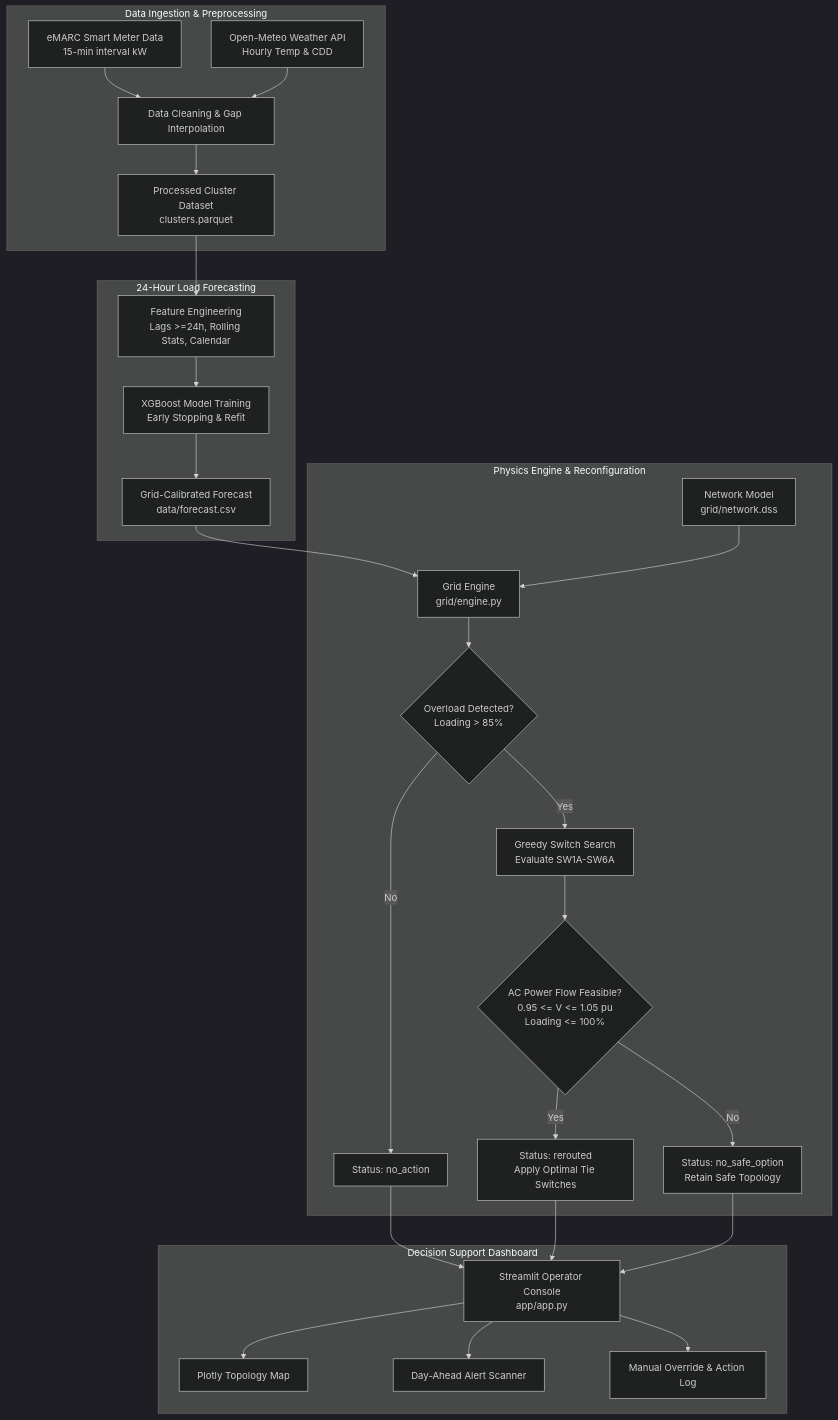
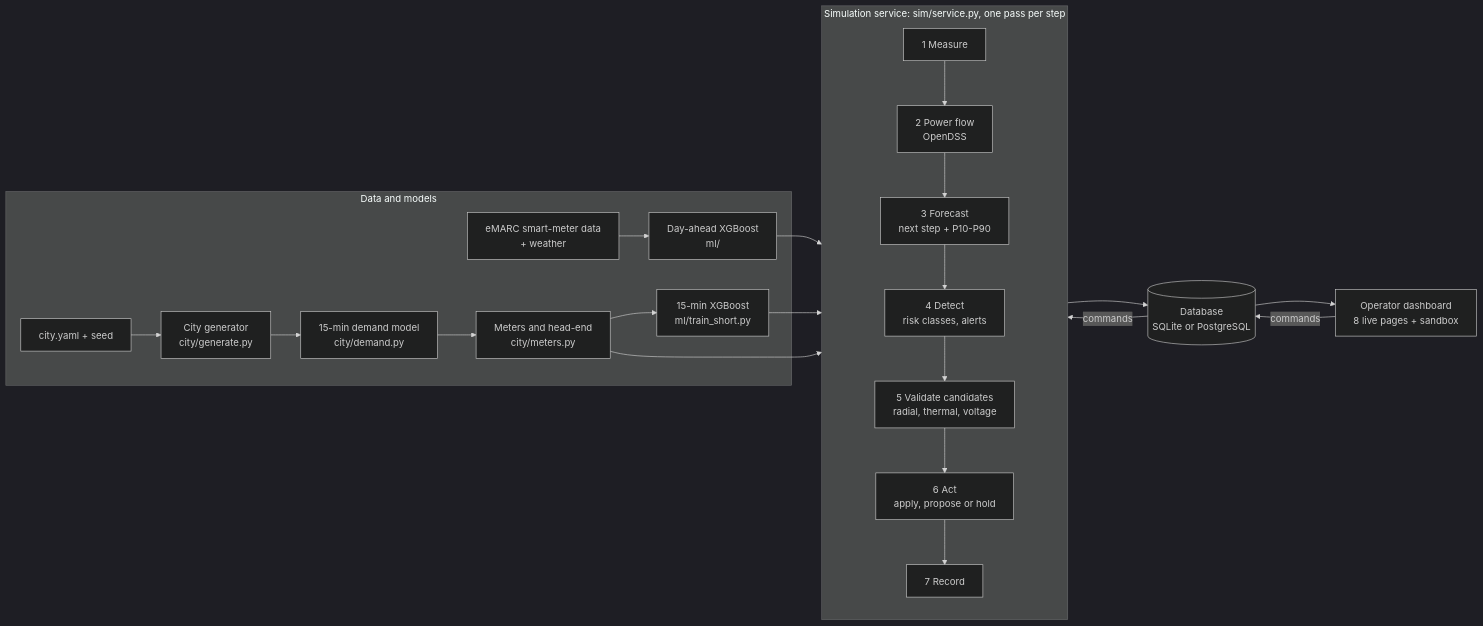
The diagram in README.md (PrithviKoruche-dev/Load-Forecasting-Dynamic-Feeder-routing), drawn with Mermaid (dark theme) before and after one commit. The commit also changed other lines of this file, not shown here.

````diff
--- a/README.md
+++ b/README.md
@@ -110,34 +159,28 @@
 ```mermaid
-flowchart TD
-    subgraph Data_Pipeline [Data Ingestion & Preprocessing]
-        A[eMARC Smart Meter Data\n15-min interval kW] --> C[Data Cleaning & Gap Interpolation]
-        B[Open-Meteo Weather API\nHourly Temp & CDD] --> C
-        C --> D[Processed Cluster Dataset\nclusters.parquet]
+flowchart LR
+    subgraph Inputs [Data and models]
+        A[eMARC smart-meter data<br/>+ weather] --> B[Day-ahead XGBoost<br/>ml/]
+        C[city.yaml + seed] --> D[City generator<br/>city/generate.py]
+        D --> E[15-min demand model<br/>city/demand.py]
+        E --> F[Meters and head-end<br/>city/meters.py]
+        F --> G[15-min XGBoost<br/>ml/train_short.py]
     end
 
-    subgraph ML_Forecasting [24-Hour Load Forecasting]
-        D --> E[Feature Engineering\nLags >=24h, Rolling Stats, Calendar]
-        E --> F[XGBoost Model Training\nEarly Stopping & Refit]
-        F --> G[Grid-Calibrated Forecast\ndata/forecast.csv]
+    subgraph Loop [Simulation service: sim/service.py, one pass per step]
+        direction TB
+        S1[1 Measure] --> S2[2 Power flow<br/>OpenDSS]
+        S2 --> S3[3 Forecast<br/>next step + P10-P90]
+        S3 --> S4[4 Detect<br/>risk classes, alerts]
+        S4 --> S5[5 Validate candidates<br/>radial, thermal, voltage]
+        S5 --> S6[6 Act<br/>apply, propose or hold]
+        S6 --> S7[7 Record]
     end
 
-    subgraph Optimization_Engine [Physics Engine & Reconfiguration]
-        G --> H[Grid Engine\ngrid/engine.py]
-        I[Network Model\ngrid/network.dss] --> H
-        H --> J{Overload Detected?\nLoading > 85%}
-        J -- No --> K[Status: no_action]
-        J -- Yes --> L[Greedy Switch Search\nEvaluate SW1A-SW6A]
-        L --> M{AC Power Flow Feasible?\n0.95 <= V <= 1.05 pu\nLoading <= 100%}
-        M -- Yes --> N[Status: rerouted\nApply Optimal Tie Switches]
-        M -- No --> O[Status: no_safe_option\nRetain Safe Topology]
-    end
-
-    subgraph Operator_UI [Decision Support Dashboard]
-        K --> P[Streamlit Operator Console\napp/app.py]
-        N --> P
-        O --> P
-        P --> Q[Plotly Topology Map]
-        P --> R[Day-Ahead Alert Scanner]
-        P --> S[Manual Override & Action Log]
-    end
+    B --> S3
+    G --> S3
+    F --> S1
+    S7 --> DB[(Database<br/>SQLite or PostgreSQL)]
+    DB --> UI[Operator dashboard<br/>8 live pages + sandbox]
+    UI -- commands --> DB
+    DB -- commands --> Loop
 ```
````
